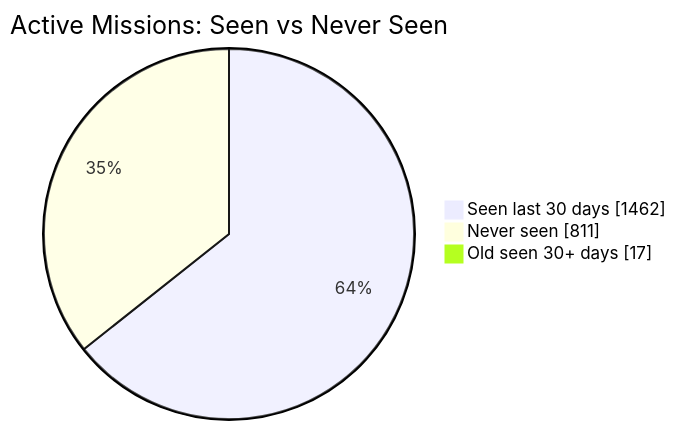
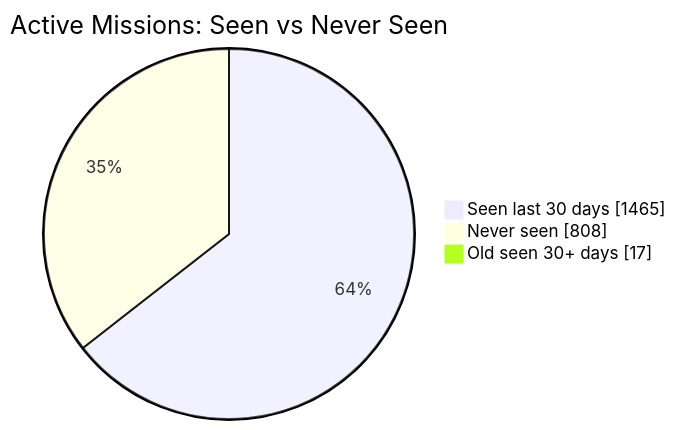
The first of 2 diagrams in README.md (MeldkamerspelGameTeam/active-missions), drawn with Mermaid before and after one commit. The commit also changed other lines of this file and 2 other files, not shown here.

````diff
--- a/README.md
+++ b/README.md
@@ -34,7 +34,7 @@
 ```mermaid
 pie showData
     title Active Missions: Seen vs Never Seen
-    "Seen last 30 days" : 1462
-    "Never seen" : 811
+    "Seen last 30 days" : 1465
+    "Never seen" : 808
     "Old seen 30+ days" : 17
 ```
````
